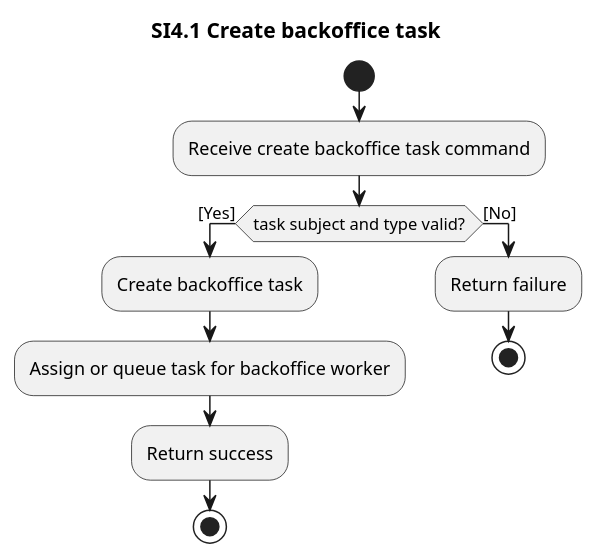
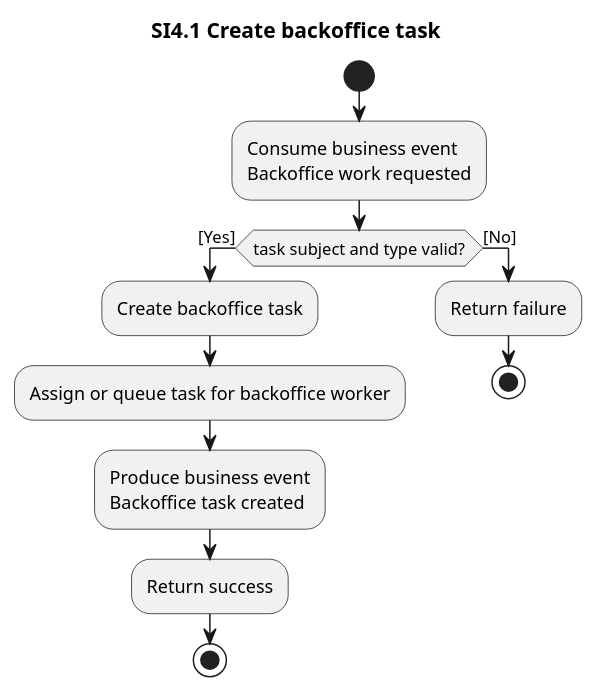
Before and after one commit to ottolote/fixme: the diagram in docs/system-interactions/si4.1-create-backoffice-review-task.pu, drawn with PlantUML. The commit also changed 33 other files, not shown here.

```diff
--- a/docs/system-interactions/si4.1-create-backoffice-review-task.pu
+++ b/docs/system-interactions/si4.1-create-backoffice-review-task.pu
@@ -1,17 +1,20 @@
 @startuml si4.1-create-backoffice-review-task
 title SI4.1 Create backoffice task
 
 start
-:Receive create backoffice task command;
+:Consume business event
+Backoffice work requested;
 
 if (task subject and type valid?) then ([Yes])
   :Create backoffice task;
   :Assign or queue task for backoffice worker;
+  :Produce business event
+Backoffice task created;
   :Return success;
   stop
 else ([No])
   :Return failure;
   stop
 endif
 
 @enduml
```
